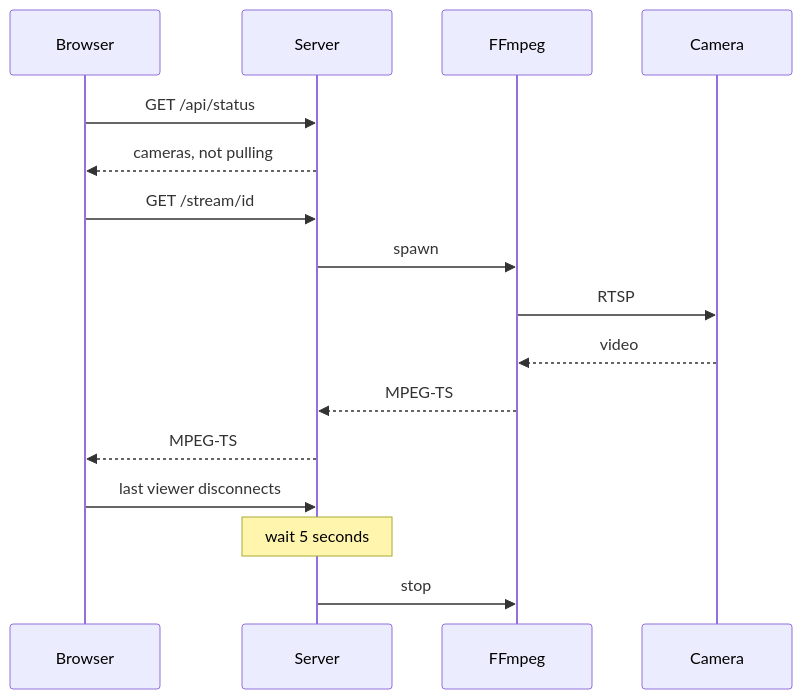
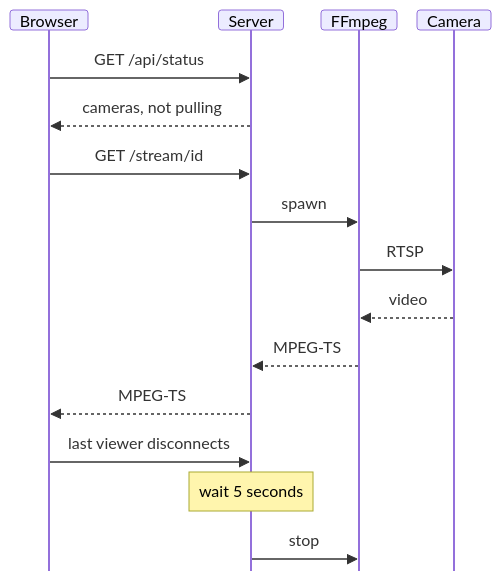
Before and after one commit to SparkTheCreater/camera-wall: the first of 2 diagrams in README.md, drawn with Mermaid. The commit also changed other lines of this file and 1 other file, not shown here.

Commit message:
把 README 里的流程图和时序图画小。
字号和间距收紧，时序图不再在底部重复一排角色。

````diff
--- a/README.md
+++ b/README.md
@@ -88,18 +88,19 @@
 ```mermaid
+%%{init: {'themeVariables': {'fontSize': '12px'}, 'sequence': {'useMaxWidth': false, 'mirrorActors': false, 'actorMargin': 20, 'width': 64, 'height': 20, 'messageMargin': 12, 'diagramMarginX': 4, 'diagramMarginY': 2, 'actorFontSize': 12, 'messageFontSize': 12, 'noteFontSize': 12}}}%%
 sequenceDiagram
   participant Browser
   participant Server
   participant FFmpeg
   participant Camera
   Browser->>Server: GET /api/status
   Server-->>Browser: cameras, not pulling
   Browser->>Server: GET /stream/id
   Server->>FFmpeg: spawn
   FFmpeg->>Camera: RTSP
   Camera-->>FFmpeg: video
   FFmpeg-->>Server: MPEG-TS
   Server-->>Browser: MPEG-TS
   Browser->>Server: last viewer disconnects
   Note over Server: wait 5 seconds
   Server->>FFmpeg: stop
 ```
````
